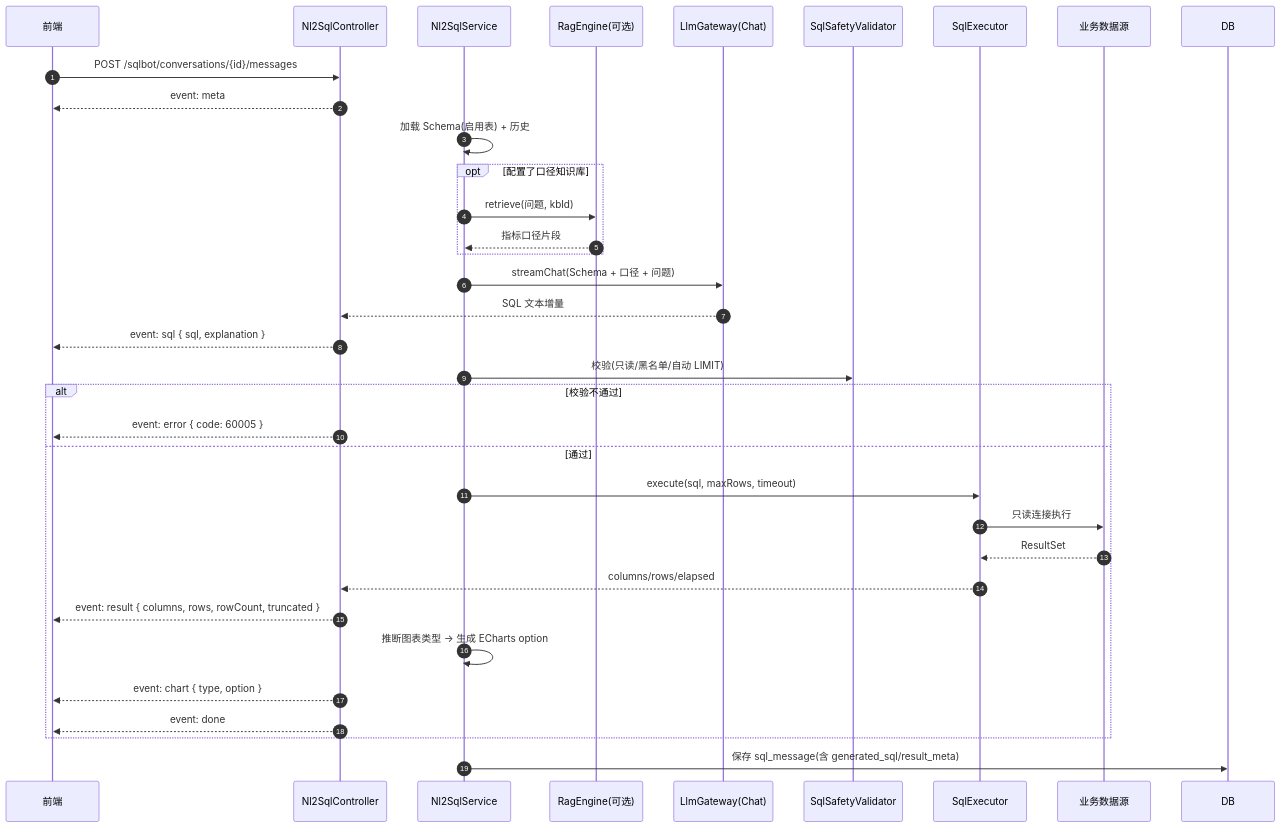
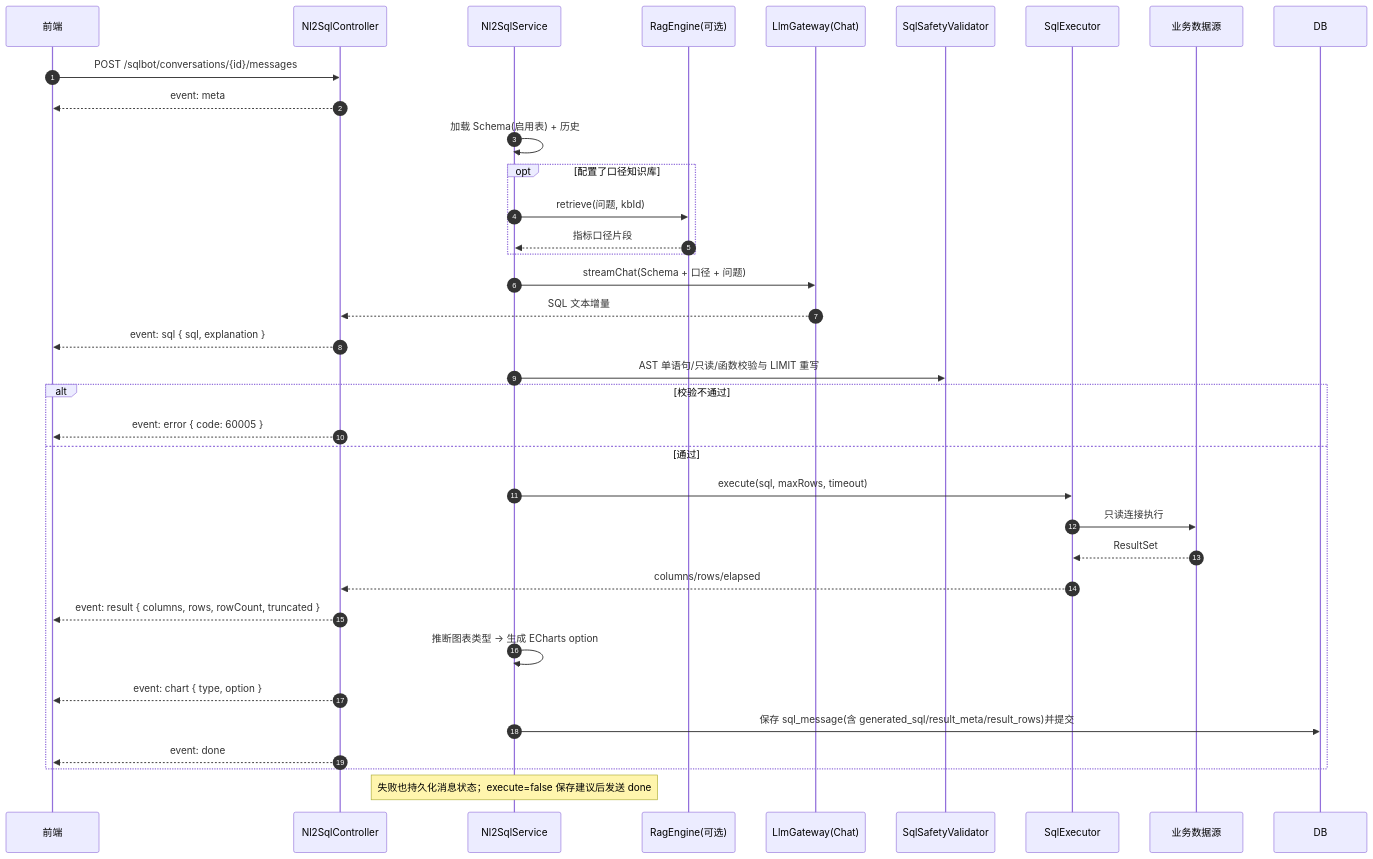
The fourth of 5 diagrams in doc/02-技术架构设计.md (CBT-keep/WenQu), drawn with Mermaid before and after one commit. The commit also changed other lines of this file and 30 other files, not shown here.

````diff
--- a/doc/02-技术架构设计.md
+++ b/doc/02-技术架构设计.md
@@ -238,37 +238,38 @@
 ```mermaid
 sequenceDiagram
   autonumber
   participant U as 前端
   participant C as Nl2SqlController
   participant S as Nl2SqlService
   participant R as RagEngine(可选)
   participant E as LlmGateway(Chat)
   participant V as SqlSafetyValidator
   participant X as SqlExecutor
   participant DS as 业务数据源
 
   U->>C: POST /sqlbot/conversations/{id}/messages
   C-->>U: event: meta
   S->>S: 加载 Schema(启用表) + 历史
   opt 配置了口径知识库
     S->>R: retrieve(问题, kbId)
     R-->>S: 指标口径片段
   end
   S->>E: streamChat(Schema + 口径 + 问题)
   E-->>C: SQL 文本增量
   C-->>U: event: sql { sql, explanation }
-  S->>V: 校验(只读/黑名单/自动 LIMIT)
+  S->>V: AST 单语句/只读/函数校验与 LIMIT 重写
   alt 校验不通过
     C-->>U: event: error { code: 60005 }
   else 通过
     S->>X: execute(sql, maxRows, timeout)
     X->>DS: 只读连接执行
     DS-->>X: ResultSet
     X-->>C: columns/rows/elapsed
     C-->>U: event: result { columns, rows, rowCount, truncated }
     S->>S: 推断图表类型 → 生成 ECharts option
     C-->>U: event: chart { type, option }
+    S->>DB: 保存 sql_message(含 generated_sql/result_meta/result_rows)并提交
     C-->>U: event: done
   end
-  S->>DB: 保存 sql_message(含 generated_sql/result_meta)
+  Note over S: 失败也持久化消息状态；execute=false 保存建议后发送 done
 ```
````
